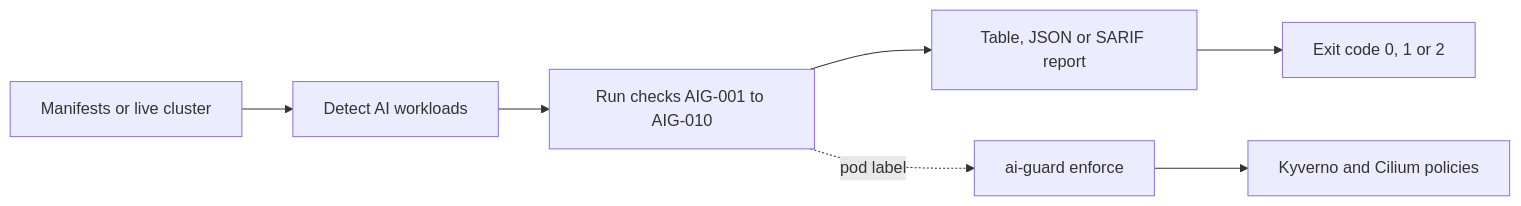
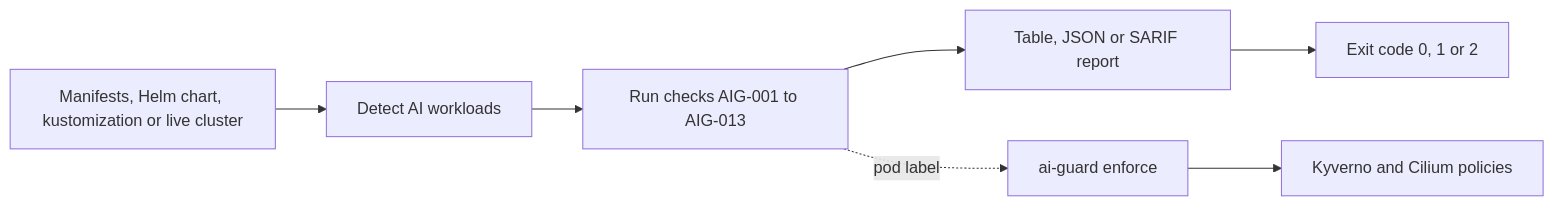
The diagram in README.md (sv222/ai-guard-k8s), drawn with Mermaid before and after one commit. The commit also changed other lines of this file and 1 other file, not shown here.

Commit message:
docs: document Helm, kustomize, AIG-011 to AIG-013 and SARIF lines

````diff
--- a/README.md
+++ b/README.md
@@ -144,9 +155,9 @@
 ```mermaid
 flowchart LR
-    A[Manifests or live cluster] --> B[Detect AI workloads]
-    B --> C[Run checks AIG-001 to AIG-010]
+    A[Manifests, Helm chart, kustomization or live cluster] --> B[Detect AI workloads]
+    B --> C[Run checks AIG-001 to AIG-013]
     C --> D[Table, JSON or SARIF report]
     D --> E[Exit code 0, 1 or 2]
     C -.->|pod label| F[ai-guard enforce]
     F --> G[Kyverno and Cilium policies]
 ```
````
